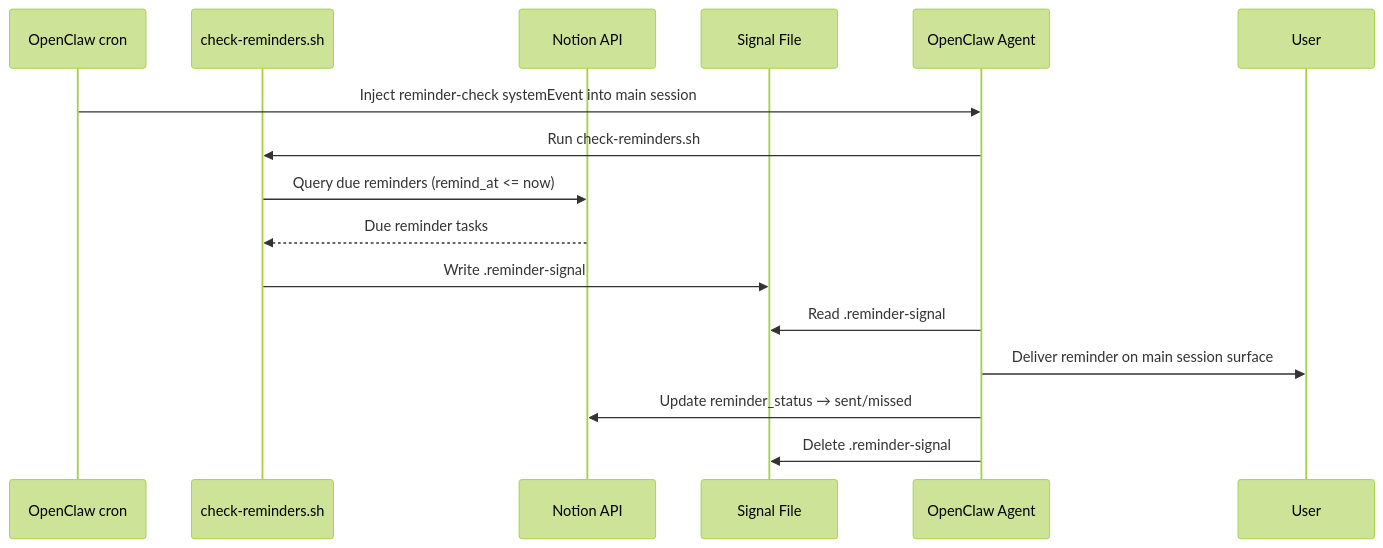
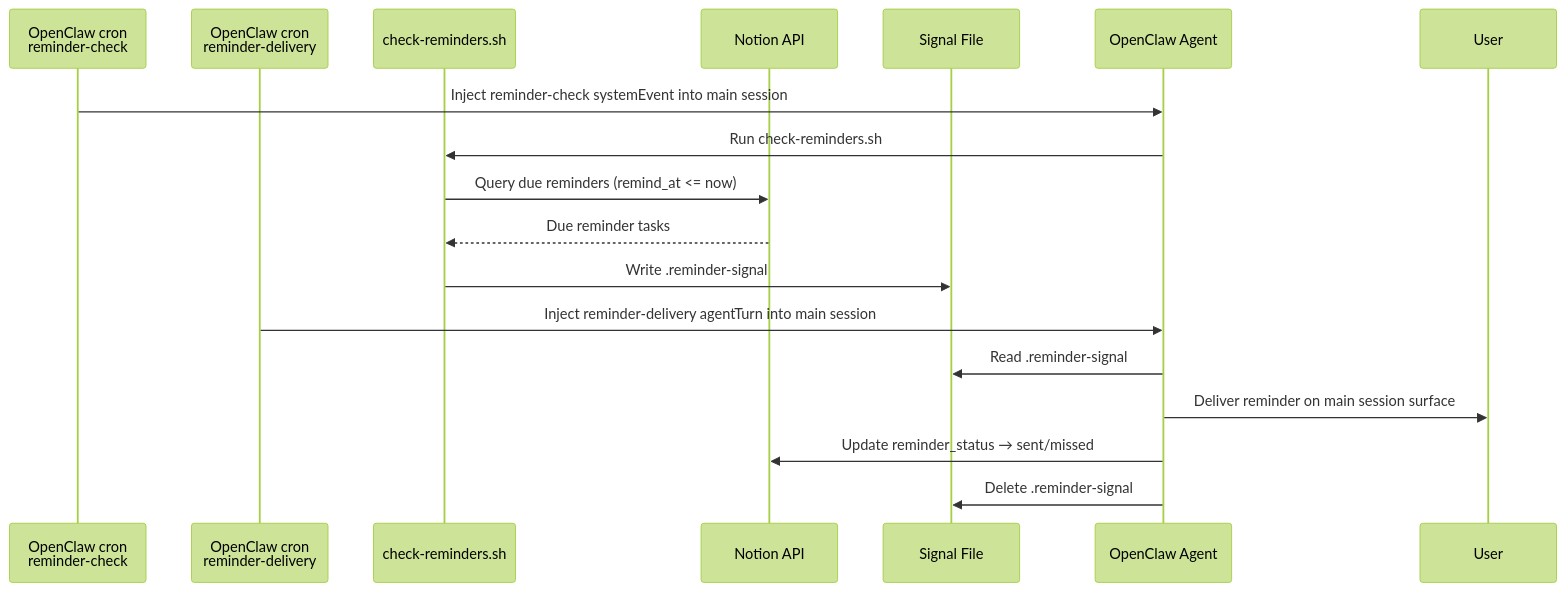
Before and after one commit to NickBorgersProbably/hide-my-list: diagram 22 of 28 in docs/user-interactions.md, drawn with Mermaid (forest theme). The commit also changed other lines of this file and 12 other files, not shown here.

Commit message:
Split reminder-check into polling and delivery cron jobs

````diff
--- a/docs/user-interactions.md
+++ b/docs/user-interactions.md
@@ -757,19 +757,21 @@
 ```mermaid
 sequenceDiagram
-    participant Cron as OpenClaw cron
+    participant CheckCron as OpenClaw cron<br/>reminder-check
+    participant DeliverCron as OpenClaw cron<br/>reminder-delivery
     participant Scr as check-reminders.sh
     participant Notion as Notion API
     participant Signal as Signal File
     participant Agent as OpenClaw Agent
     participant User
 
-    Cron->>Agent: Inject reminder-check systemEvent into main session
+    CheckCron->>Agent: Inject reminder-check systemEvent into main session
     Agent->>Scr: Run check-reminders.sh
     Scr->>Notion: Query due reminders (remind_at <= now)
     Notion-->>Scr: Due reminder tasks
     Scr->>Signal: Write .reminder-signal
+    DeliverCron->>Agent: Inject reminder-delivery agentTurn into main session
     Agent->>Signal: Read .reminder-signal
     Agent->>User: Deliver reminder on main session surface
     Agent->>Notion: Update reminder_status → sent/missed
     Agent->>Signal: Delete .reminder-signal
 ```
````
